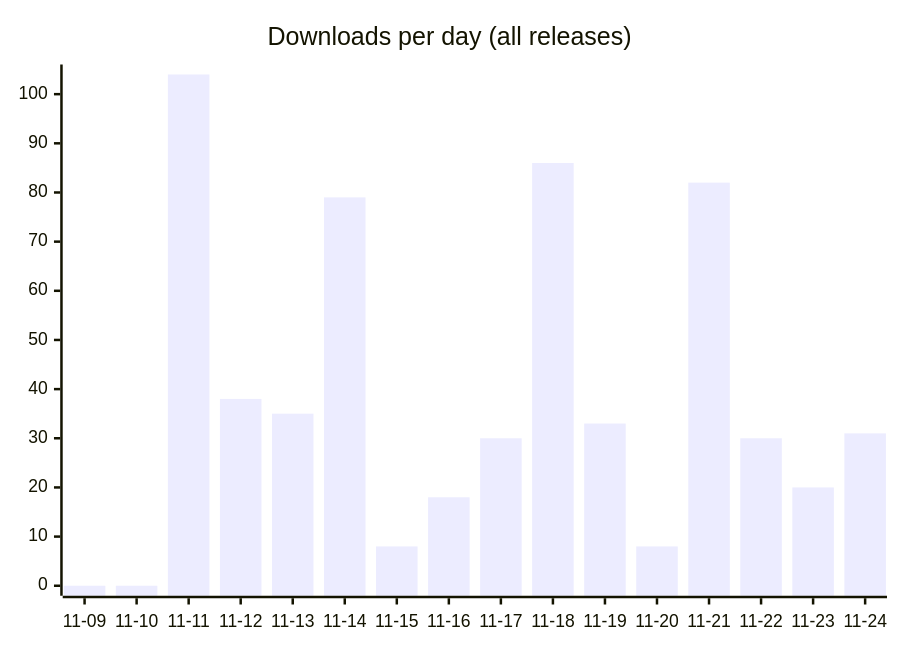
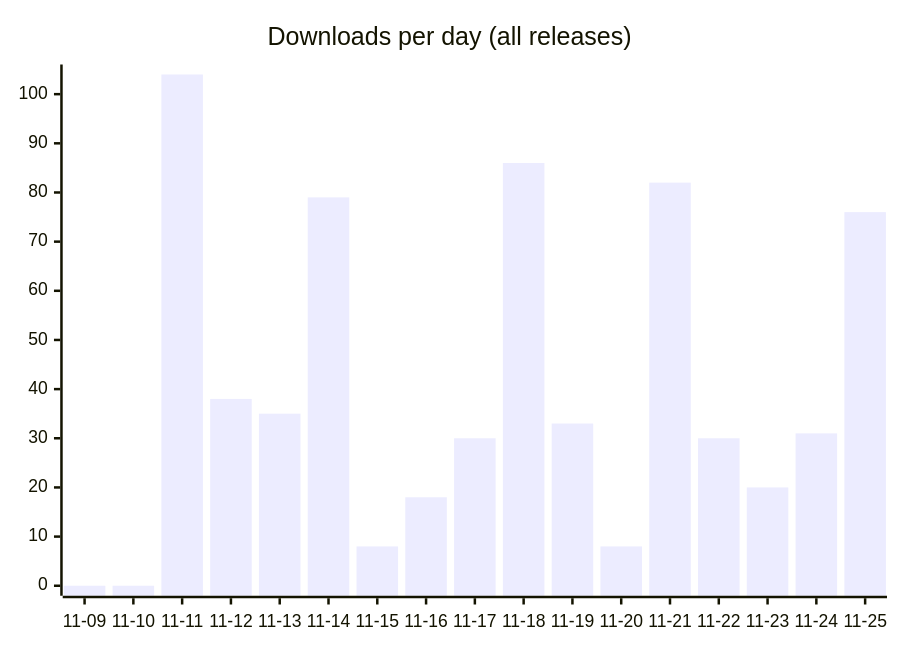
The first of 2 diagrams in README.md (fmadore/Kalamu), drawn with Mermaid before and after one commit. The commit also changed other lines of this file and 3 other files, not shown here.

````diff
--- a/README.md
+++ b/README.md
@@ -48,6 +49,6 @@
 ```mermaid
 xychart-beta
     title "Downloads per day (all releases)"
-    x-axis ["11-09", "11-10", "11-11", "11-12", "11-13", "11-14", "11-15", "11-16", "11-17", "11-18", "11-19", "11-20", "11-21", "11-22", "11-23", "11-24"]
-    bar [0, 0, 104, 38, 35, 79, 8, 18, 30, 86, 33, 8, 82, 30, 20, 31]
+    x-axis ["11-09", "11-10", "11-11", "11-12", "11-13", "11-14", "11-15", "11-16", "11-17", "11-18", "11-19", "11-20", "11-21", "11-22", "11-23", "11-24", "11-25"]
+    bar [0, 0, 104, 38, 35, 79, 8, 18, 30, 86, 33, 8, 82, 30, 20, 31, 76]
 ```
````
